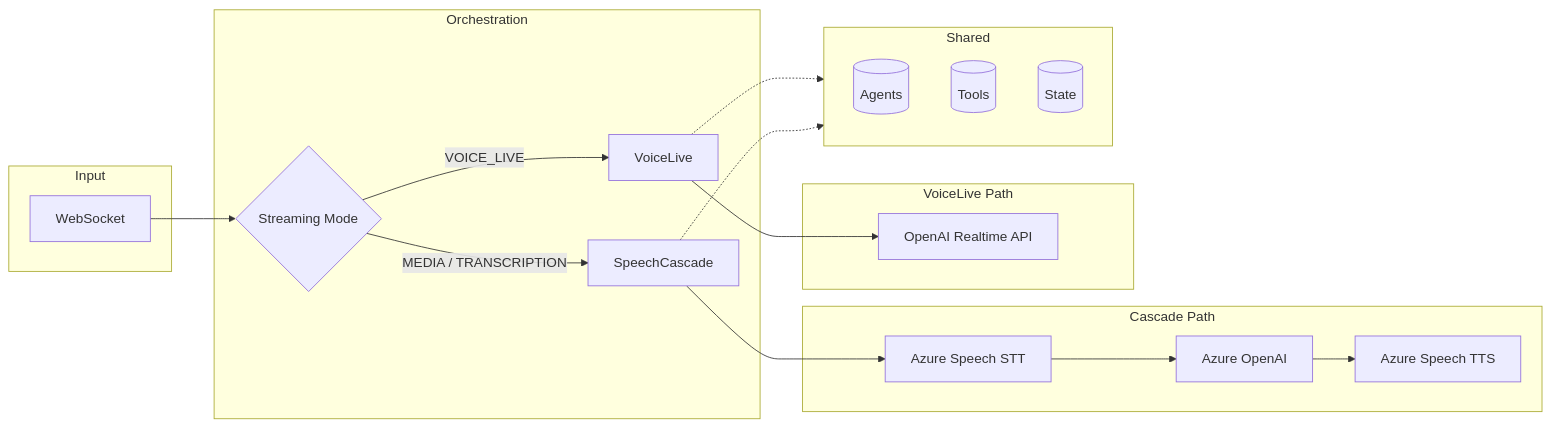
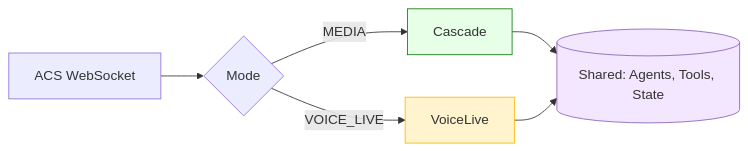
Before and after one commit to Azure-Samples/art-voice-agent-accelerator: the second of 4 diagrams in docs/architecture/orchestration/README.md, drawn with Mermaid. The commit also changed other lines of this file and 62 other files, not shown here.

````diff
--- a/docs/architecture/orchestration/README.md
+++ b/docs/architecture/orchestration/README.md
@@ -75,31 +80,13 @@
 ```mermaid
 flowchart LR
-    subgraph Input
-        WS[WebSocket]
-    end
-
-    subgraph Orchestration
-        WS --> Mode{Streaming Mode}
-        Mode -->|MEDIA / TRANSCRIPTION| Cascade[SpeechCascade]
-        Mode -->|VOICE_LIVE| Live[VoiceLive]
-    end
-
-    subgraph Cascade Path
-        Cascade --> STT[Azure Speech STT]
-        STT --> LLM[Azure OpenAI]
-        LLM --> TTS[Azure Speech TTS]
-    end
-
-    subgraph VoiceLive Path
-        Live --> RT[OpenAI Realtime API]
-    end
-
-    subgraph Shared
-        Agents[(Agents)]
-        Tools[(Tools)]
-        State[(State)]
-    end
-
-    Cascade -.-> Shared
-    Live -.-> Shared
+    ACS[ACS WebSocket] --> Mode{Mode}
+    Mode -->|MEDIA| Cascade[Cascade]
+    Mode -->|VOICE_LIVE| VL[VoiceLive]
+    
+    Cascade --> Shared[(Shared: Agents, Tools, State)]
+    VL --> Shared
+    
+    style Cascade fill:#E6FFE6,stroke:#107C10
+    style VL fill:#FFF4CE,stroke:#FFB900
+    style Shared fill:#F3E6FF,stroke:#8764B8
 ```
````
